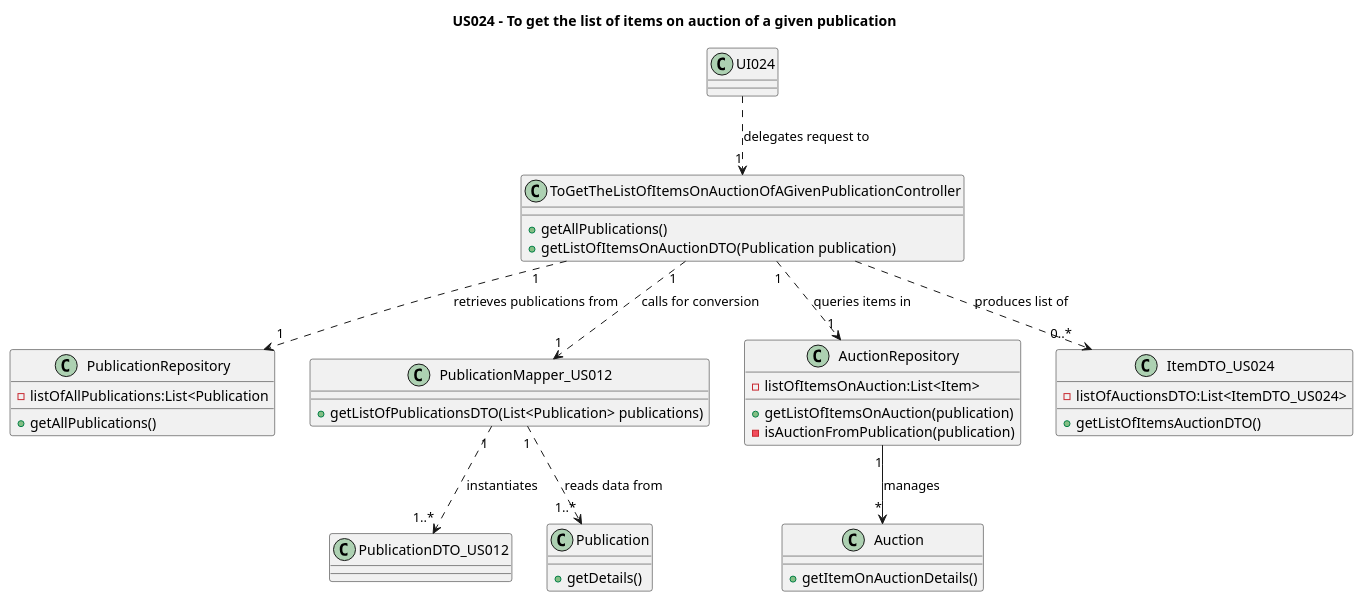
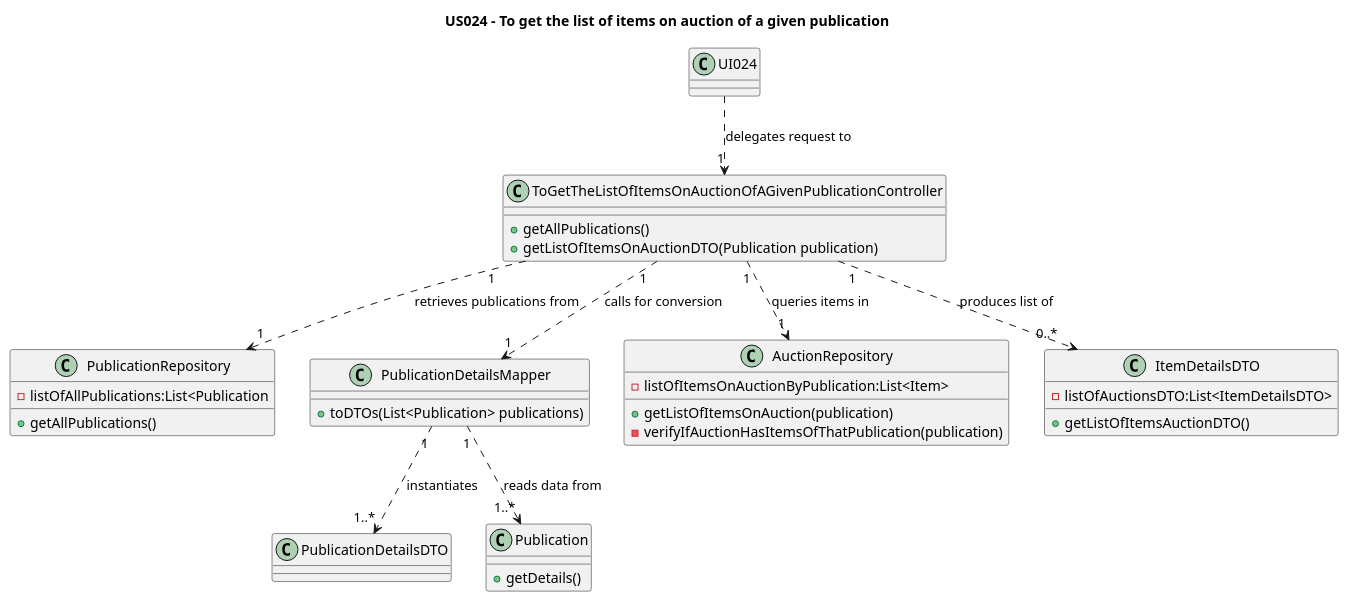
Before and after one commit to AndrePereiraGitH/SWitCH-Project-Team_A: the diagram in Diagrams/ClassDiagrams/US024-to-get-the-list-of-items-on-auction-of-a-given-publication.puml, drawn with PlantUML. The commit also changed 17 other files, not shown here.

```diff
--- a/Diagrams/ClassDiagrams/US024-to-get-the-list-of-items-on-auction-of-a-given-publication.puml
+++ b/Diagrams/ClassDiagrams/US024-to-get-the-list-of-items-on-auction-of-a-given-publication.puml
@@ -1,60 +1,57 @@
 @startuml
 title US024 - To get the list of items on auction of a given publication
 
 class UI024 {
 
 }
 
 class ToGetTheListOfItemsOnAuctionOfAGivenPublicationController {
   +getAllPublications()
   +getListOfItemsOnAuctionDTO(Publication publication)
 }
 
 class PublicationRepository{
     -listOfAllPublications:List<Publication
     +getAllPublications()
 }
 
-class PublicationDTO_US012 {
+class PublicationDetailsDTO {
 }
 
 class Publication {
     +getDetails()
 }
 
-class PublicationMapper_US012 {
-  +getListOfPublicationsDTO(List<Publication> publications)
+class PublicationDetailsMapper {
+  +toDTOs(List<Publication> publications)
 }
 
 class AuctionRepository {
-  -listOfItemsOnAuction:List<Item>
+  -listOfItemsOnAuctionByPublication:List<Item>
   +getListOfItemsOnAuction(publication)
-  -isAuctionFromPublication(publication)
+  -verifyIfAuctionHasItemsOfThatPublication(publication)
 }
 
-class Auction {
-+ getItemOnAuctionDetails()
-}
 
-class ItemDTO_US024 {
-- listOfAuctionsDTO:List<ItemDTO_US024>
+
+class ItemDetailsDTO {
+- listOfAuctionsDTO:List<ItemDetailsDTO>
 + getListOfItemsAuctionDTO()
 }
 
 
 ' Interactions
 
 UI024 ..> "1" ToGetTheListOfItemsOnAuctionOfAGivenPublicationController: delegates request to
 ToGetTheListOfItemsOnAuctionOfAGivenPublicationController "1" ..> "1" PublicationRepository : retrieves publications from
-ToGetTheListOfItemsOnAuctionOfAGivenPublicationController "1" ..> "1" PublicationMapper_US012 : calls for conversion
-PublicationMapper_US012 "1" ..> "1..*" Publication: reads data from
-PublicationMapper_US012 "1" ..> "1..*" PublicationDTO_US012 : instantiates
+ToGetTheListOfItemsOnAuctionOfAGivenPublicationController "1" ..> "1" PublicationDetailsMapper : calls for conversion
+PublicationDetailsMapper "1" ..> "1..*" Publication: reads data from
+PublicationDetailsMapper "1" ..> "1..*" PublicationDetailsDTO : instantiates
 ToGetTheListOfItemsOnAuctionOfAGivenPublicationController "1" ..> "1"AuctionRepository : queries items in
-AuctionRepository "1" --> "*" Auction: manages
-ToGetTheListOfItemsOnAuctionOfAGivenPublicationController ..> "0..*" ItemDTO_US024 : produces list of
+ToGetTheListOfItemsOnAuctionOfAGivenPublicationController "1" ..> "0..*" ItemDetailsDTO : produces list of
 
 
 
 
 
 @enduml
```
